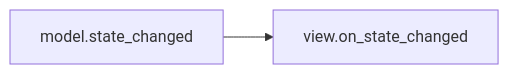
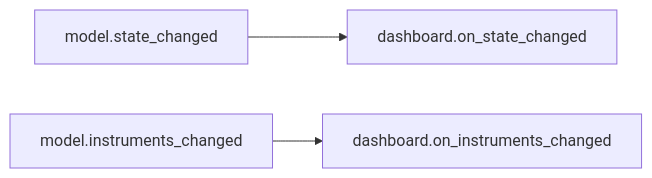
One commit to com-posers-pit/smw_music changed the first of 8 diagrams in doc/source/dashboard_signal_slot_map.rst. Above: the diagram before and after it, drawn with Mermaid. The commit also changed 3 other files, not shown here.

```diff
--- a/doc/source/dashboard_signal_slot_map.rst
+++ b/doc/source/dashboard_signal_slot_map.rst
@@ -20,4 +20,5 @@
 .. mermaid::
 
    flowchart LR
-      model.state_changed --> view.on_state_changed
+      model.state_changed --> dashboard.on_state_changed
+      model.instruments_changed --> dashboard.on_instruments_changed
```
